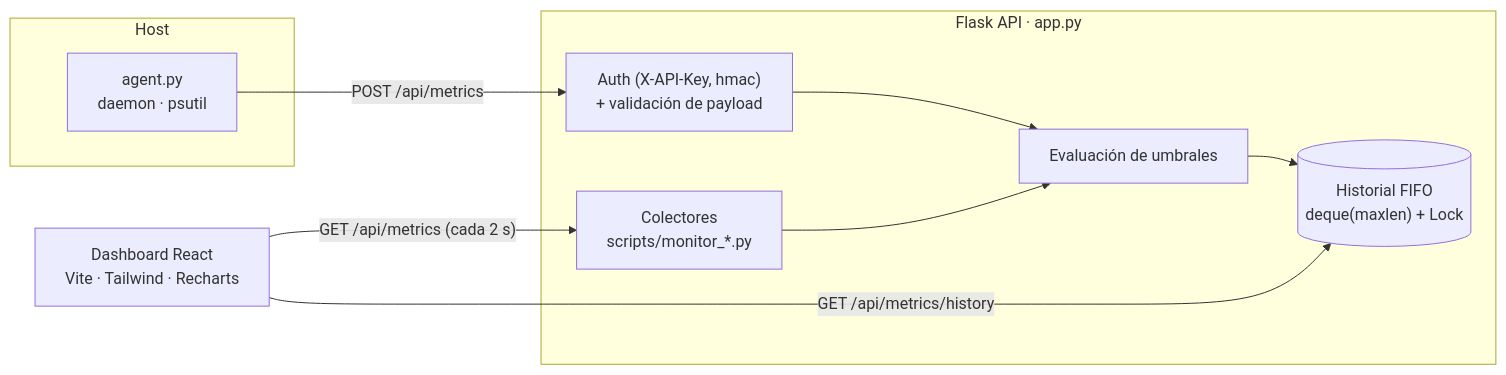
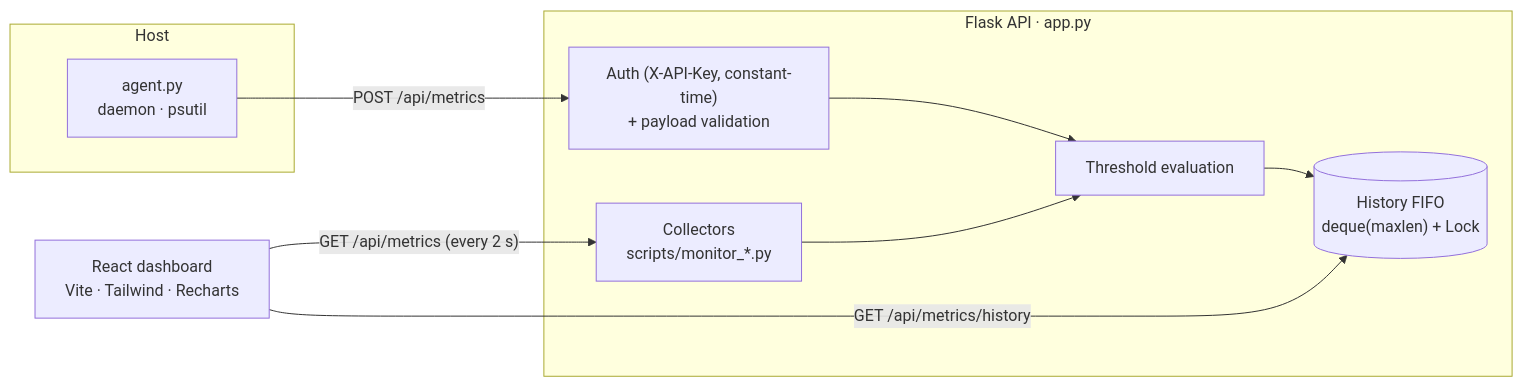
One commit to DiegoTepichin/sys-monitor changed the diagram in README.md. Above: the diagram before and after it, drawn with Mermaid. The commit also changed other lines of this file and 1 other file, not shown here.

````diff
--- a/README.md
+++ b/README.md
@@ -30,19 +29,19 @@
 ```mermaid
 flowchart LR
     subgraph Host
         A["agent.py<br/>daemon · psutil"]
     end
 
     subgraph Server["Flask API · app.py"]
-        V["Auth (X-API-Key, hmac)<br/>+ validación de payload"]
-        T["Evaluación de umbrales"]
-        H[("Historial FIFO<br/>deque(maxlen) + Lock")]
-        C["Colectores<br/>scripts/monitor_*.py"]
+        V["Auth (X-API-Key, constant-time)<br/>+ payload validation"]
+        T["Threshold evaluation"]
+        H[("History FIFO<br/>deque(maxlen) + Lock")]
+        C["Collectors<br/>scripts/monitor_*.py"]
     end
 
-    U["Dashboard React<br/>Vite · Tailwind · Recharts"]
+    U["React dashboard<br/>Vite · Tailwind · Recharts"]
 
     A -- "POST /api/metrics" --> V --> T --> H
-    U -- "GET /api/metrics (cada 2 s)" --> C --> T
+    U -- "GET /api/metrics (every 2 s)" --> C --> T
     U -- "GET /api/metrics/history" --> H
 ```
````
